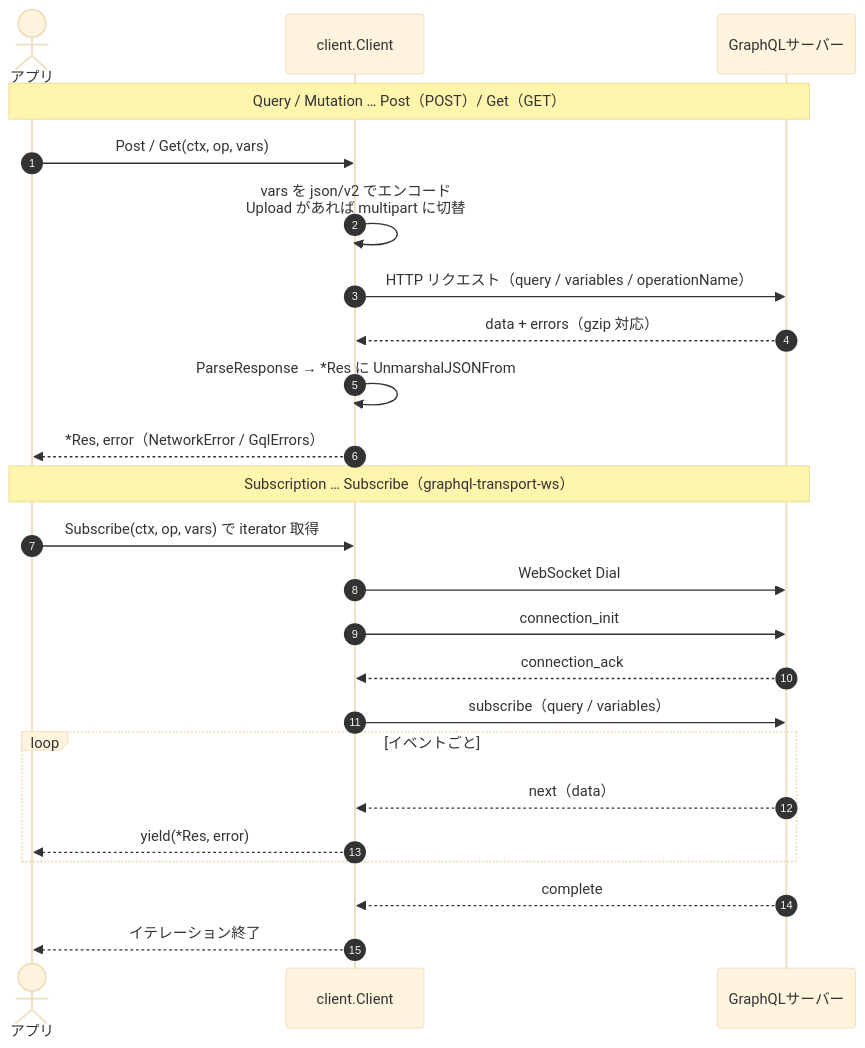
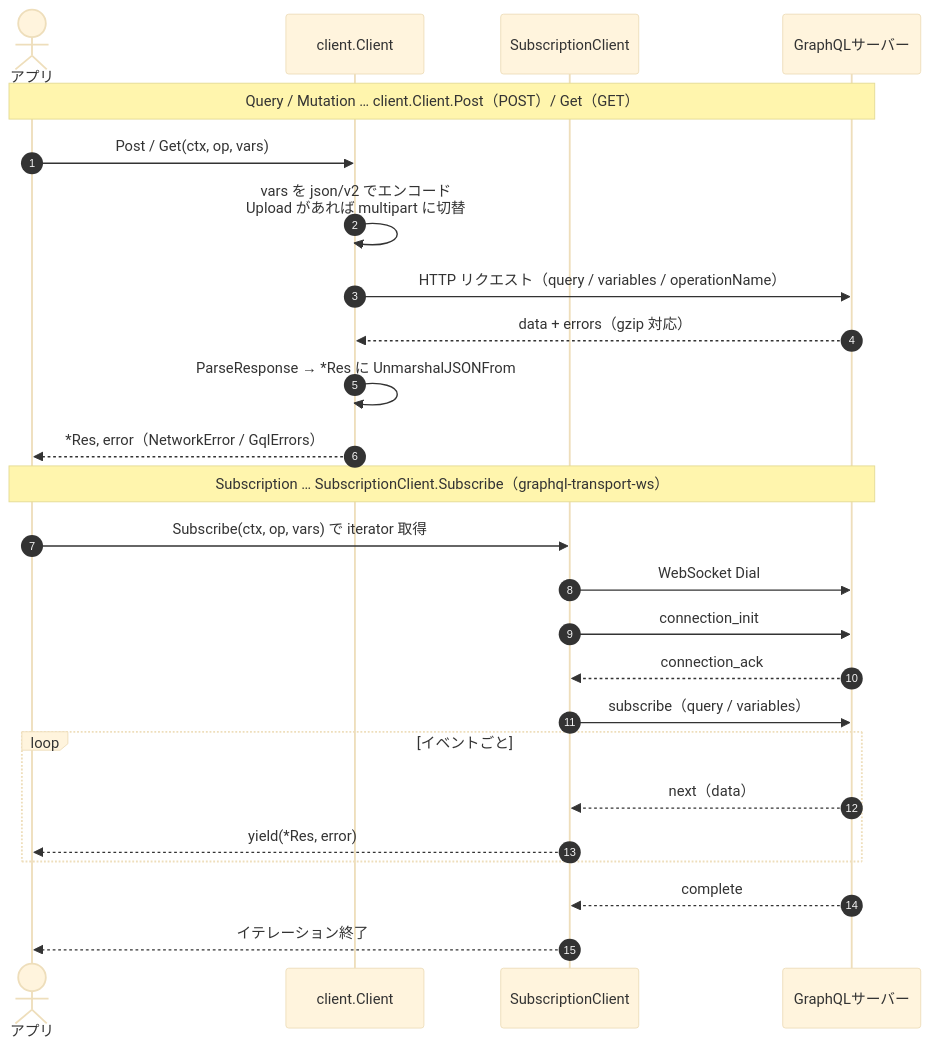
The second of 2 diagrams in README.md (gqlgo/gqlgenc), drawn with Mermaid (base theme) before and after one commit. The commit also changed other lines of this file and 5 other files, not shown here.

First line of the commit message:
Split subscriptions into a separate SubscriptionClient type

````diff
--- a/README.md
+++ b/README.md
@@ -476,28 +476,29 @@
 ```mermaid
 sequenceDiagram
     autonumber
     actor App as アプリ
     participant C as client.Client
+    participant SC as SubscriptionClient
     participant S as GraphQLサーバー
 
-    Note over App,S: Query / Mutation … Post（POST）/ Get（GET）
+    Note over App,S: Query / Mutation … client.Client.Post（POST）/ Get（GET）
     App->>C: Post / Get(ctx, op, vars)
     C->>C: vars を json/v2 でエンコード<br/>Upload があれば multipart に切替
     C->>S: HTTP リクエスト（query / variables / operationName）
     S-->>C: data + errors（gzip 対応）
     C->>C: ParseResponse → *Res に UnmarshalJSONFrom
     C-->>App: *Res, error（NetworkError / GqlErrors）
 
-    Note over App,S: Subscription … Subscribe（graphql-transport-ws）
-    App->>C: Subscribe(ctx, op, vars) で iterator 取得
-    C->>S: WebSocket Dial
-    C->>S: connection_init
-    S-->>C: connection_ack
-    C->>S: subscribe（query / variables）
+    Note over App,S: Subscription … SubscriptionClient.Subscribe（graphql-transport-ws）
+    App->>SC: Subscribe(ctx, op, vars) で iterator 取得
+    SC->>S: WebSocket Dial
+    SC->>S: connection_init
+    S-->>SC: connection_ack
+    SC->>S: subscribe（query / variables）
     loop イベントごと
-        S-->>C: next（data）
-        C-->>App: yield(*Res, error)
+        S-->>SC: next（data）
+        SC-->>App: yield(*Res, error)
     end
-    S-->>C: complete
-    C-->>App: イテレーション終了
+    S-->>SC: complete
+    SC-->>App: イテレーション終了
 ```
````
